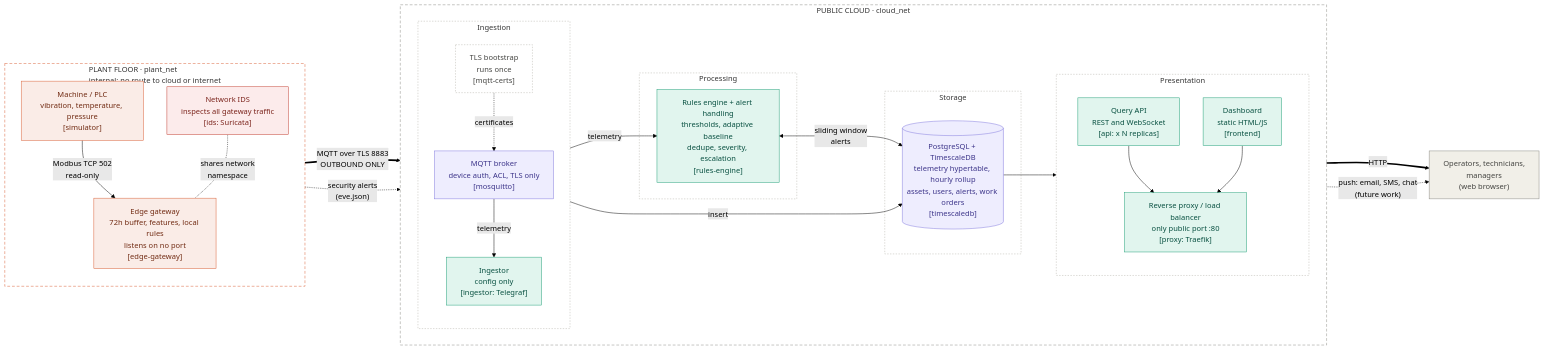
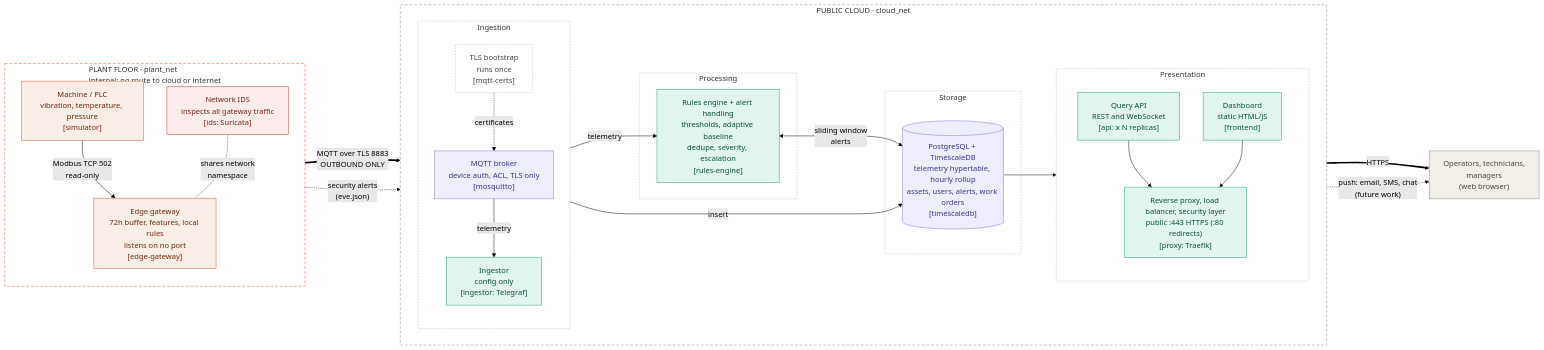
The diagram in docs/architecture.mmd (Jacques-Mkhayel/FactorySense), drawn with Mermaid (forest theme) before and after one commit. The commit also changed 1 other file, not shown here.

Commit message:
Document Phase 2 dashboard, security layers and limits
README: status, HTTPS quick start with the first admin account, live
alerts and scaling demo, the security layers, new limits (self-signed
certificates, trusted forwarding headers, per-instance rate limits) and
how to recreate the database after a schema change. Diagram: the proxy
now serves HTTPS on 443.

```diff
--- a/docs/architecture.mmd
+++ b/docs/architecture.mmd
@@ -1,79 +1,79 @@
 %% FactorySense - Industrial IoT Monitoring System
 %% Hybrid edge / public cloud architecture, one node per Docker Compose service.
 %% Container names are shown in [brackets]; they match `docker compose ps`.
 %% Colours: orange = plant floor, red = security, green = stateless cloud service,
 %% purple = stateful cloud service (named volume), dashed = one-shot job.
 %% Paste the whole file into https://mermaid.live to render or export it.
 
 flowchart LR
 
   subgraph PLANT["PLANT FLOOR · plant_net<br/>internal: no route to cloud or internet"]
     direction TB
     SIM["Machine / PLC<br/>vibration, temperature, pressure<br/>[simulator]"]
     GW["Edge gateway<br/>72h buffer, features, local rules<br/>listens on no port<br/>[edge-gateway]"]
     IDS["Network IDS<br/>inspects all gateway traffic<br/>[ids: Suricata]"]
     SIM -->|"Modbus TCP 502<br/>read-only"| GW
     IDS -.-|"shares network<br/>namespace"| GW
   end
 
   subgraph CLOUD["PUBLIC CLOUD · cloud_net"]
     direction LR
 
     subgraph INGEST["Ingestion"]
       direction TB
       CERTS["TLS bootstrap<br/>runs once<br/>[mqtt-certs]"]
       MQ["MQTT broker<br/>device auth, ACL, TLS only<br/>[mosquitto]"]
       ING["Ingestor<br/>config only<br/>[ingestor: Telegraf]"]
       CERTS -.->|"certificates"| MQ
       MQ -->|"telemetry"| ING
     end
 
     subgraph PROC["Processing"]
       RE["Rules engine + alert handling<br/>thresholds, adaptive baseline<br/>dedupe, severity, escalation<br/>[rules-engine]"]
     end
 
     subgraph STORE["Storage"]
       DB[("PostgreSQL + TimescaleDB<br/>telemetry hypertable, hourly rollup<br/>assets, users, alerts, work orders<br/>[timescaledb]")]
     end
 
     subgraph PRES["Presentation"]
       direction TB
       API["Query API<br/>REST and WebSocket<br/>[api: x N replicas]"]
       FE["Dashboard<br/>static HTML/JS<br/>[frontend]"]
-      PX["Reverse proxy / load balancer<br/>only public port :80<br/>[proxy: Traefik]"]
+      PX["Reverse proxy, load balancer, security layer<br/>public :443 HTTPS (:80 redirects)<br/>[proxy: Traefik]"]
       API --> PX
       FE --> PX
     end
   end
 
   USERS["Operators, technicians,<br/>managers<br/>(web browser)"]
 
   GW ==>|"MQTT over TLS 8883<br/>OUTBOUND ONLY"| MQ
   MQ -->|"telemetry"| RE
   ING -->|"insert"| DB
   RE <-->|"sliding window<br/>alerts"| DB
   IDS -.->|"security alerts<br/>(eve.json)"| RE
   DB --> API
-  PX ==>|"HTTP"| USERS
+  PX ==>|"HTTPS"| USERS
   RE -.->|"push: email, SMS, chat<br/>(future work)"| USERS
 
   classDef plant fill:#FAECE7,stroke:#D85A30,stroke-width:1px,color:#712B13
   classDef stateless fill:#E1F5EE,stroke:#1D9E75,stroke-width:1px,color:#085041
   classDef stateful fill:#EEEDFE,stroke:#7F77DD,stroke-width:1px,color:#3C3489
   classDef people fill:#F1EFE8,stroke:#888780,stroke-width:1px,color:#444441
   classDef security fill:#FCEBEB,stroke:#C0392B,stroke-width:1px,color:#7B241C
   classDef job fill:#FFFFFF,stroke:#B4B2A9,stroke-width:1px,stroke-dasharray: 3 3,color:#444441
 
   class SIM,GW plant
   class ING,RE,API,FE,PX stateless
   class MQ,DB stateful
   class USERS people
   class IDS security
   class CERTS job
 
   style PLANT fill:none,stroke:#D85A30,stroke-width:1px,stroke-dasharray: 6 4
   style CLOUD fill:none,stroke:#888780,stroke-width:1px,stroke-dasharray: 6 4
   style INGEST fill:none,stroke:#B4B2A9,stroke-width:1px,stroke-dasharray: 3 3
   style PROC fill:none,stroke:#B4B2A9,stroke-width:1px,stroke-dasharray: 3 3
   style STORE fill:none,stroke:#B4B2A9,stroke-width:1px,stroke-dasharray: 3 3
   style PRES fill:none,stroke:#B4B2A9,stroke-width:1px,stroke-dasharray: 3 3
```
